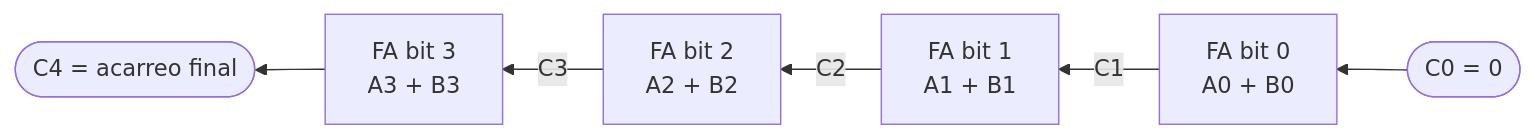
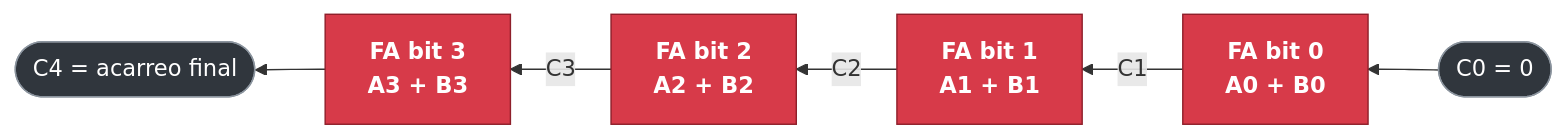
The fourth of 4 diagrams in Unidad_1.md (manuelponcearmijos-lgtm/cuadernoDisenoCircuitos), drawn with Mermaid before and after one commit. The commit also changed other lines of this file and 2 other files, not shown here.

Commit message:
Mejorar el diseño del cuaderno: alertas, insignias, botones de navegación y diagramas con color

````diff
--- a/Unidad_1.md
+++ b/Unidad_1.md
@@ -459,8 +555,12 @@
 ```mermaid
 flowchart RL
     FA0["FA bit 0<br/>A0 + B0"] -- "C1" --> FA1["FA bit 1<br/>A1 + B1"]
     FA1 -- "C2" --> FA2["FA bit 2<br/>A2 + B2"]
     FA2 -- "C3" --> FA3["FA bit 3<br/>A3 + B3"]
     C0([C0 = 0]) --> FA0
     FA3 --> C4([C4 = acarreo final])
+    classDef fa fill:#D73A49,stroke:#8E1F2A,color:#ffffff
+    classDef io fill:#30363D,stroke:#8B949E,color:#ffffff
+    class FA0,FA1,FA2,FA3 fa
+    class C0,C4 io
 ```
````
